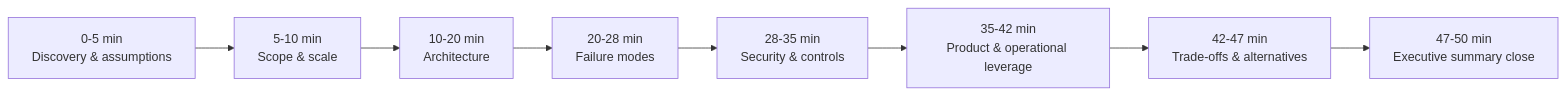
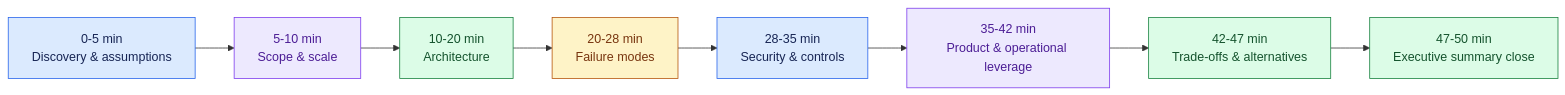
The diagram in 02_System_Design_Case_Studies/Standalone_Designs/23_Reliable_Workflow_Orchestration/3_Tutorial/23_Tutorial_Part_8.md (Sourav692/Forward-Deployed-Engineer-Interview-Prep), drawn with Mermaid before and after one commit. The commit also changed 1268 other files, not shown here.

First line of the commit message:
content: polish Casebook writing and Mermaid diagrams (#251)

````diff
--- a/02_System_Design_Case_Studies/Standalone_Designs/23_Reliable_Workflow_Orchestration/3_Tutorial/23_Tutorial_Part_8.md
+++ b/02_System_Design_Case_Studies/Standalone_Designs/23_Reliable_Workflow_Orchestration/3_Tutorial/23_Tutorial_Part_8.md
@@ -23,10 +23,20 @@
 ```mermaid
 flowchart LR
   A["0-5 min\nDiscovery & assumptions"] --> B["5-10 min\nScope & scale"]
   B --> C["10-20 min\nArchitecture"]
   C --> D["20-28 min\nFailure modes"]
   D --> E["28-35 min\nSecurity & controls"]
   E --> F["35-42 min\nProduct & operational leverage"]
   F --> G["42-47 min\nTrade-offs & alternatives"]
   G --> H["47-50 min\nExecutive summary close"]
+
+    %% Casebook colours: entry, reasoning, results, controls, and stopped paths.
+    classDef cbInput fill:#dbeafe,stroke:#2563eb,color:#172554
+    class A,E cbInput
+    classDef cbReason fill:#ede9fe,stroke:#7c3aed,color:#4c1d95
+    class B,F cbReason
+    classDef cbAction fill:#dcfce7,stroke:#15803d,color:#14532d
+    class C,G,H cbAction
+    classDef cbPolicy fill:#fef3c7,stroke:#b45309,color:#78350f
+    class D cbPolicy
 ```
````
